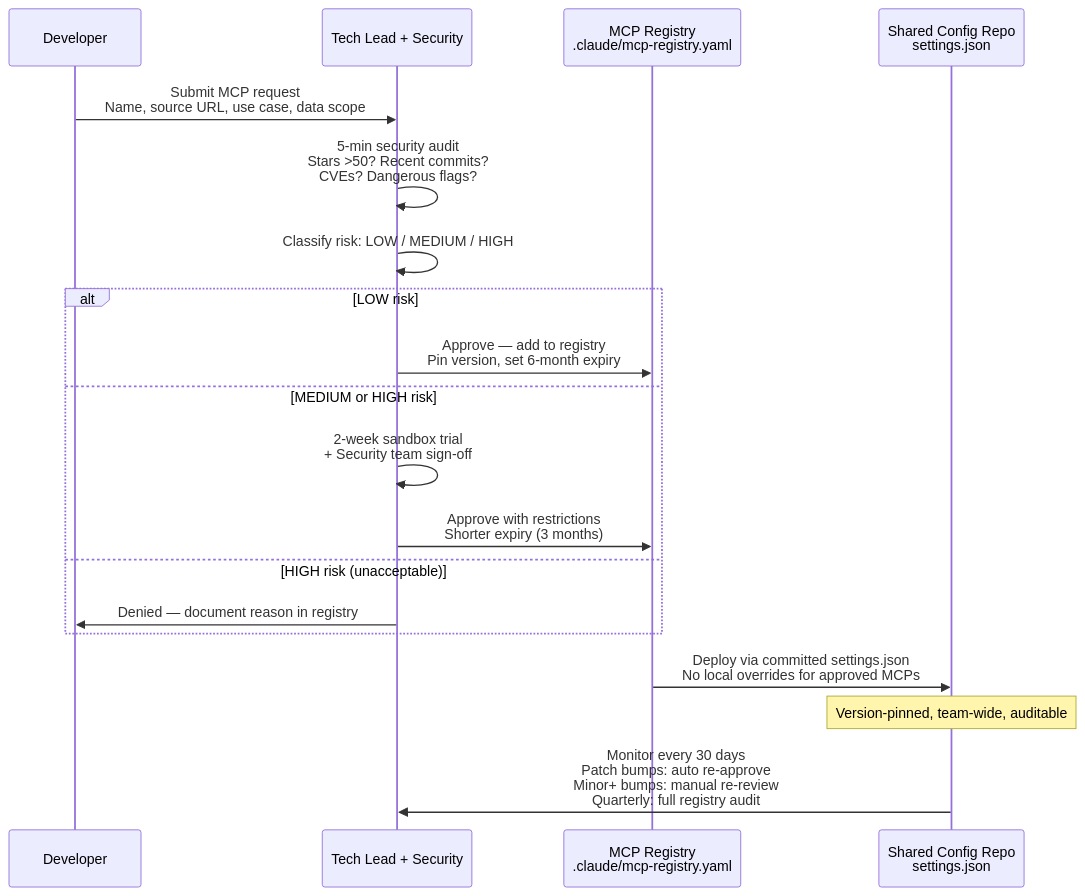
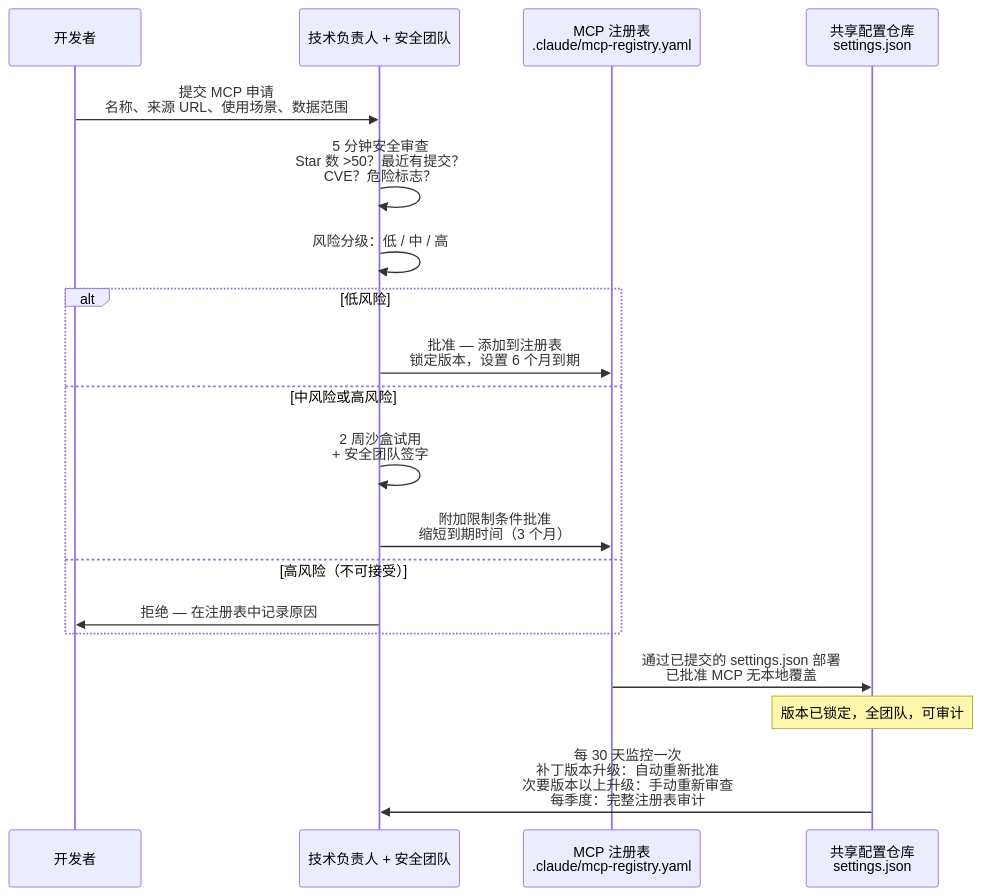
One commit to lawrencewzen/aispark-wiki changed the second of 3 diagrams in claude-code/diagrams/12-enterprise-governance.md. Above: the diagram before and after it, drawn with Mermaid. The commit also changed other lines of this file and 82 other files, not shown here.

````diff
--- a/claude-code/diagrams/12-enterprise-governance.md
+++ b/claude-code/diagrams/12-enterprise-governance.md
@@ -86,26 +86,26 @@
 ```mermaid
 sequenceDiagram
-    participant DEV as Developer
-    participant TL as Tech Lead + Security
-    participant REG as MCP Registry<br/>.claude/mcp-registry.yaml
-    participant REPO as Shared Config Repo<br/>settings.json
+    participant DEV as 开发者
+    participant TL as 技术负责人 + 安全团队
+    participant REG as MCP 注册表<br/>.claude/mcp-registry.yaml
+    participant REPO as 共享配置仓库<br/>settings.json
 
-    DEV->>TL: Submit MCP request<br/>Name, source URL, use case, data scope
+    DEV->>TL: 提交 MCP 申请<br/>名称、来源 URL、使用场景、数据范围
 
-    TL->>TL: 5-min security audit<br/>Stars >50? Recent commits?<br/>CVEs? Dangerous flags?
-    TL->>TL: Classify risk: LOW / MEDIUM / HIGH
+    TL->>TL: 5 分钟安全审查<br/>Star 数 >50？最近有提交？<br/>CVE？危险标志？
+    TL->>TL: 风险分级：低 / 中 / 高
 
-    alt LOW risk
-        TL->>REG: Approve — add to registry<br/>Pin version, set 6-month expiry
-    else MEDIUM or HIGH risk
-        TL->>TL: 2-week sandbox trial<br/>+ Security team sign-off
-        TL->>REG: Approve with restrictions<br/>Shorter expiry (3 months)
-    else HIGH risk (unacceptable)
-        TL->>DEV: Denied — document reason in registry
+    alt 低风险
+        TL->>REG: 批准 — 添加到注册表<br/>锁定版本，设置 6 个月到期
+    else 中风险或高风险
+        TL->>TL: 2 周沙盒试用<br/>+ 安全团队签字
+        TL->>REG: 附加限制条件批准<br/>缩短到期时间（3 个月）
+    else 高风险（不可接受）
+        TL->>DEV: 拒绝 — 在注册表中记录原因
     end
 
-    REG->>REPO: Deploy via committed settings.json<br/>No local overrides for approved MCPs
-    Note over REPO: Version-pinned, team-wide, auditable
+    REG->>REPO: 通过已提交的 settings.json 部署<br/>已批准 MCP 无本地覆盖
+    Note over REPO: 版本已锁定，全团队，可审计
 
-    REPO->>TL: Monitor every 30 days<br/>Patch bumps: auto re-approve<br/>Minor+ bumps: manual re-review<br/>Quarterly: full registry audit
+    REPO->>TL: 每 30 天监控一次<br/>补丁版本升级：自动重新批准<br/>次要版本以上升级：手动重新审查<br/>每季度：完整注册表审计
 ```
````
